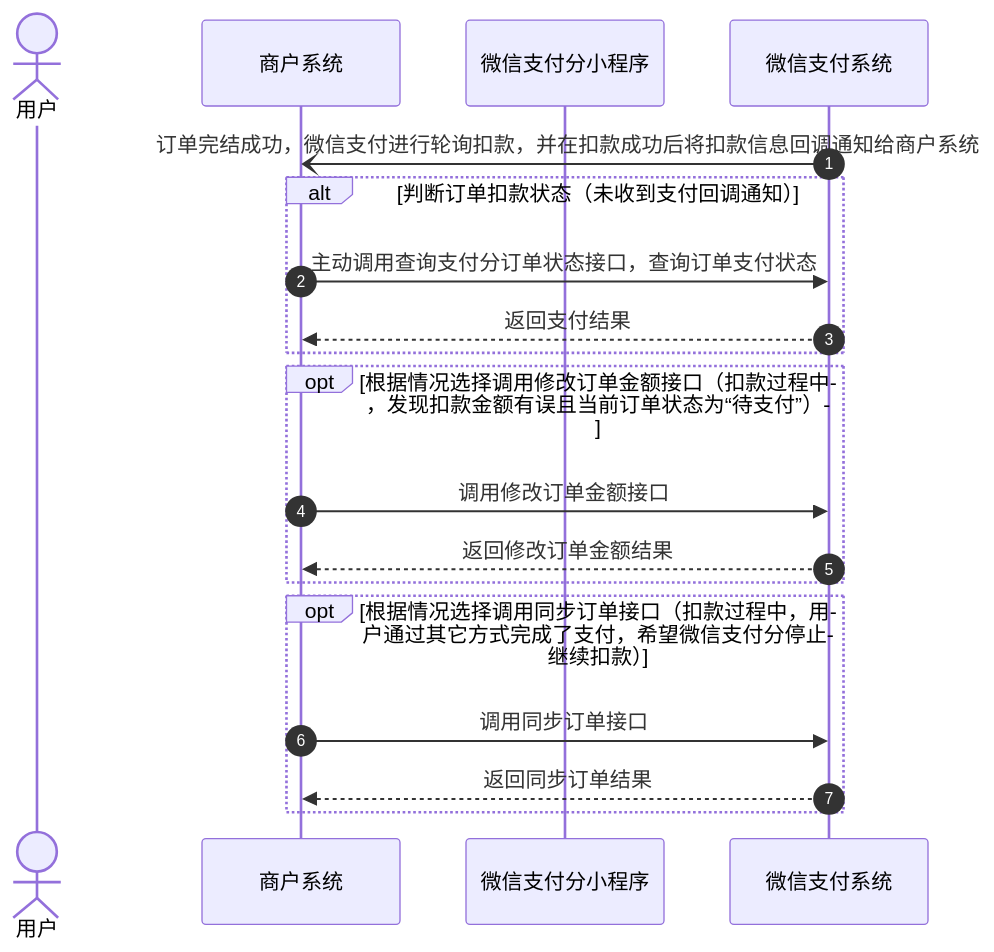
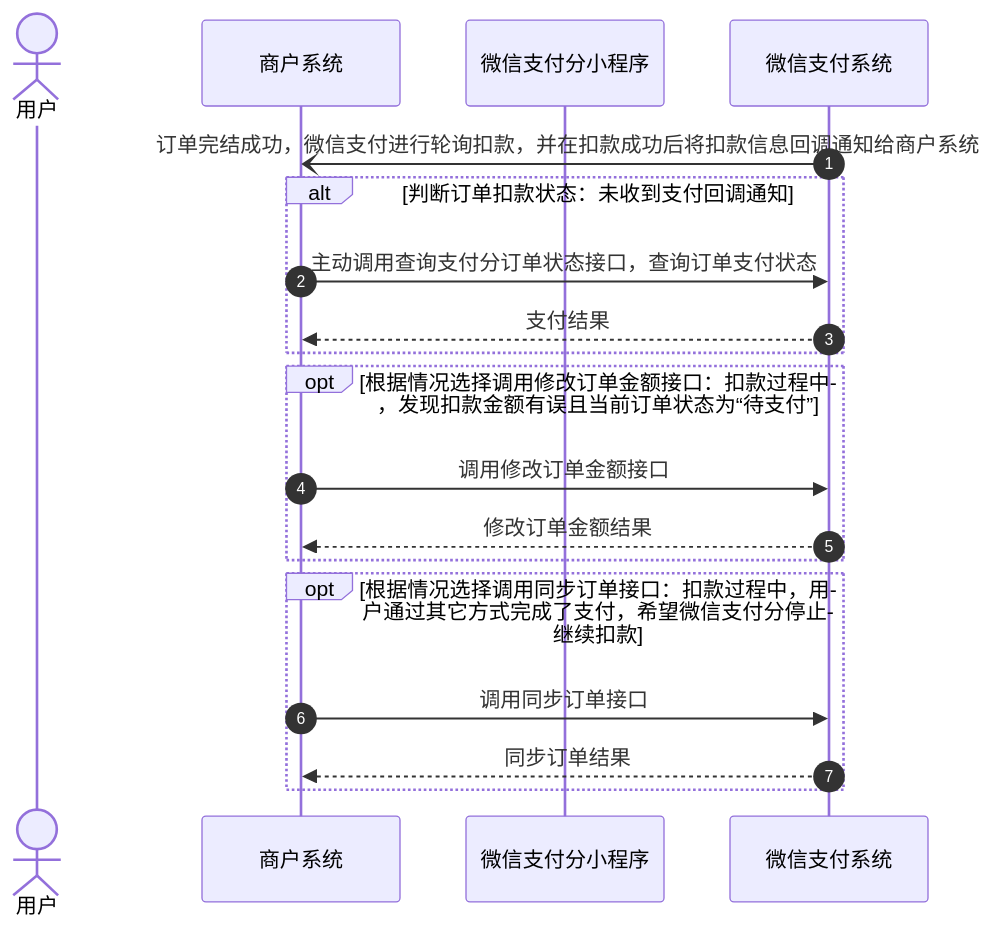
One commit to minibear2021/wechatpay_docs changed the fifth of 6 diagrams in docs/merchant/pages/4012587166.md. Above: the diagram before and after it, drawn with Mermaid. The commit also changed other lines of this file and 46 other files, not shown here.

````diff
--- a/docs/merchant/pages/4012587166.md
+++ b/docs/merchant/pages/4012587166.md
@@ -192,27 +184,21 @@
 ```mermaid
 sequenceDiagram
-
-        %% xwatt: autonumber ea
-        autonumber
-        actor User as 用户
-        participant Mch as 商户系统
-        participant WxPay as 微信支付分小程序
-        participant WxPay2 as 微信支付系统
-
-        WxPay2-)Mch: 订单完结成功，微信支付进行轮询扣款，并在扣款成功后将扣款信息回调通知给商户系统
-
-        alt 判断订单扣款状态（未收到支付回调通知）
-            Mch->>WxPay2: 主动调用查询支付分订单状态接口，查询订单支付状态
-            WxPay2-->>Mch: 返回支付结果
-        end
-
-        opt 根据情况选择调用修改订单金额接口（扣款过程中，发现扣款金额有误且当前订单状态为“待支付”）
-            Mch->>WxPay2: 调用修改订单金额接口
-            WxPay2-->>Mch: 返回修改订单金额结果
-        end
-
-        opt 根据情况选择调用同步订单接口（扣款过程中，用户通过其它方式完成了支付，希望微信支付分停止继续扣款）
-            Mch->>WxPay2: 调用同步订单接口
-            WxPay2-->>Mch: 返回同步订单结果
-        end
+  autonumber
+  actor p0 as 用户
+  participant p1 as 商户系统
+  participant p2 as 微信支付分小程序
+  participant p3 as 微信支付系统
+  p3-)p1: 订单完结成功，微信支付进行轮询扣款，并在扣款成功后将扣款信息回调通知给商户系统
+  alt 判断订单扣款状态：未收到支付回调通知
+    p1->>p3: 主动调用查询支付分订单状态接口，查询订单支付状态
+    p3-->>p1: 支付结果
+  end
+  opt 根据情况选择调用修改订单金额接口：扣款过程中，发现扣款金额有误且当前订单状态为“待支付”
+    p1->>p3: 调用修改订单金额接口
+    p3-->>p1: 修改订单金额结果
+  end
+  opt 根据情况选择调用同步订单接口：扣款过程中，用户通过其它方式完成了支付，希望微信支付分停止继续扣款
+    p1->>p3: 调用同步订单接口
+    p3-->>p1: 同步订单结果
+  end
 ```
````
